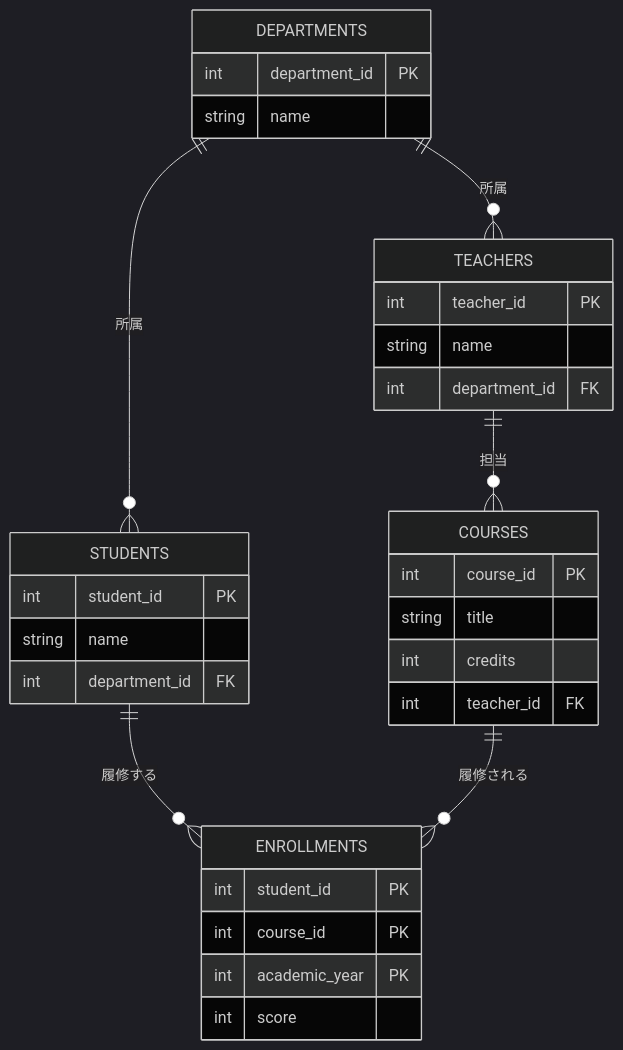
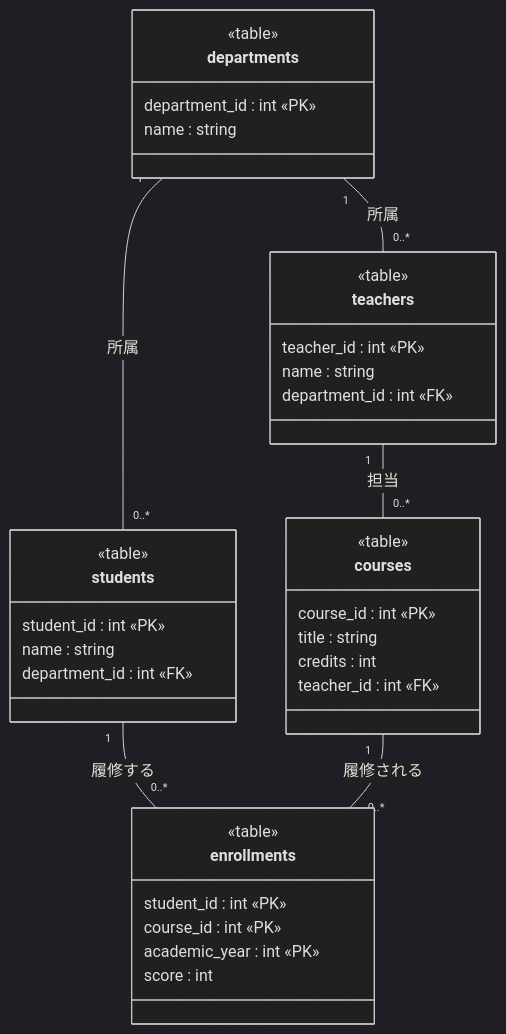
The fifth of 6 diagrams in データベース/05_正規化.md (YTS0418/PRMN_SYSTEM_Lecture), drawn with Mermaid (dark theme) before and after one commit. The commit also changed other lines of this file and 3 other files, not shown here.

First line of the commit message:
ER図をUMLクラス図の表記に変更し、ドメインモデルとの違いを追記

````diff
--- a/データベース/05_正規化.md
+++ b/データベース/05_正規化.md
@@ -275,34 +278,39 @@
 ```mermaid
-erDiagram
-    DEPARTMENTS ||--o{ STUDENTS : "所属"
-    DEPARTMENTS ||--o{ TEACHERS : "所属"
-    TEACHERS ||--o{ COURSES : "担当"
-    STUDENTS ||--o{ ENROLLMENTS : "履修する"
-    COURSES ||--o{ ENROLLMENTS : "履修される"
-    DEPARTMENTS {
-        int department_id PK
-        string name
+classDiagram
+    departments "1" -- "0..*" students : 所属
+    departments "1" -- "0..*" teachers : 所属
+    teachers "1" -- "0..*" courses : 担当
+    students "1" -- "0..*" enrollments : 履修する
+    courses "1" -- "0..*" enrollments : 履修される
+    class departments {
+        <<table>>
+        department_id : int «PK»
+        name : string
     }
-    TEACHERS {
-        int teacher_id PK
-        string name
-        int department_id FK
+    class teachers {
+        <<table>>
+        teacher_id : int «PK»
+        name : string
+        department_id : int «FK»
     }
-    STUDENTS {
-        int student_id PK
-        string name
-        int department_id FK
+    class students {
+        <<table>>
+        student_id : int «PK»
+        name : string
+        department_id : int «FK»
     }
-    COURSES {
-        int course_id PK
-        string title
-        int credits
-        int teacher_id FK
+    class courses {
+        <<table>>
+        course_id : int «PK»
+        title : string
+        credits : int
+        teacher_id : int «FK»
     }
-    ENROLLMENTS {
-        int student_id PK
-        int course_id PK
-        int academic_year PK
-        int score
+    class enrollments {
+        <<table>>
+        student_id : int «PK»
+        course_id : int «PK»
+        academic_year : int «PK»
+        score : int
     }
 ```
````
